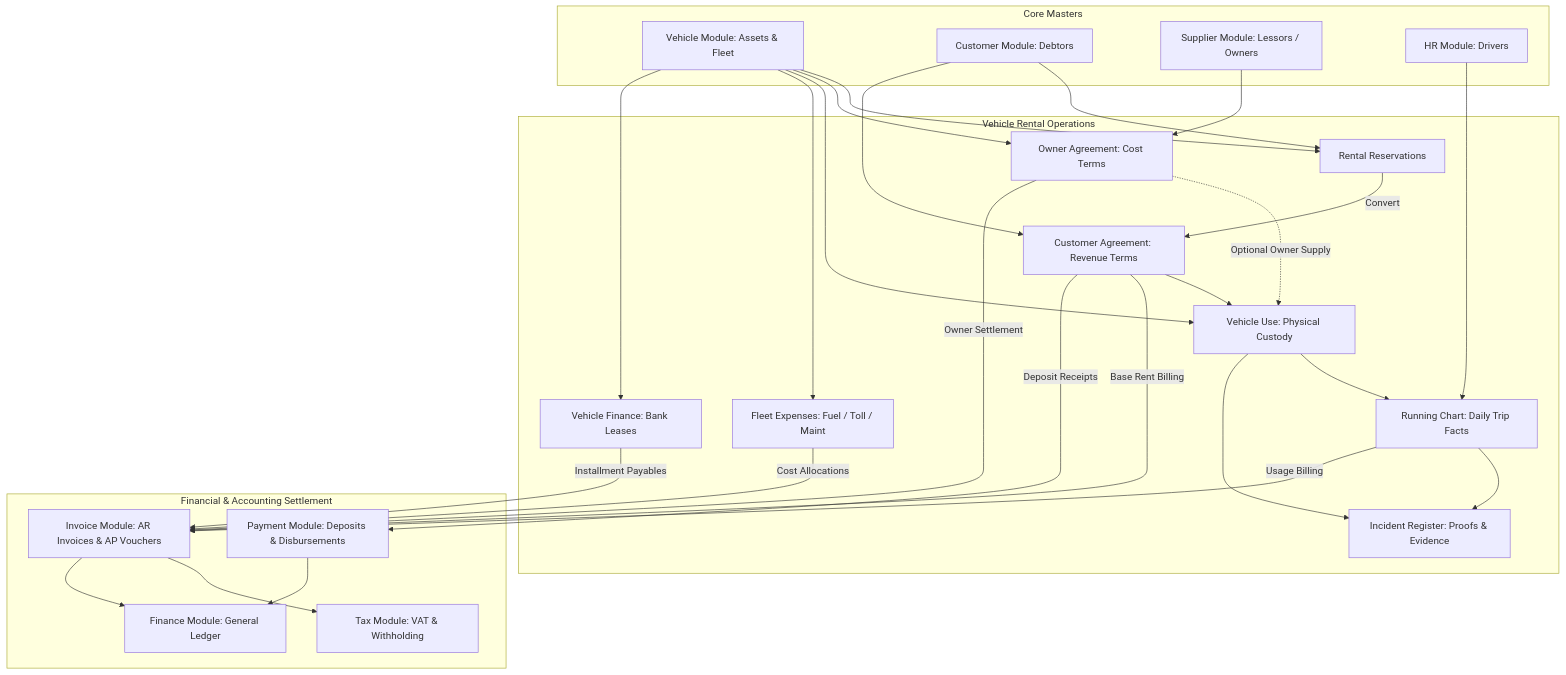
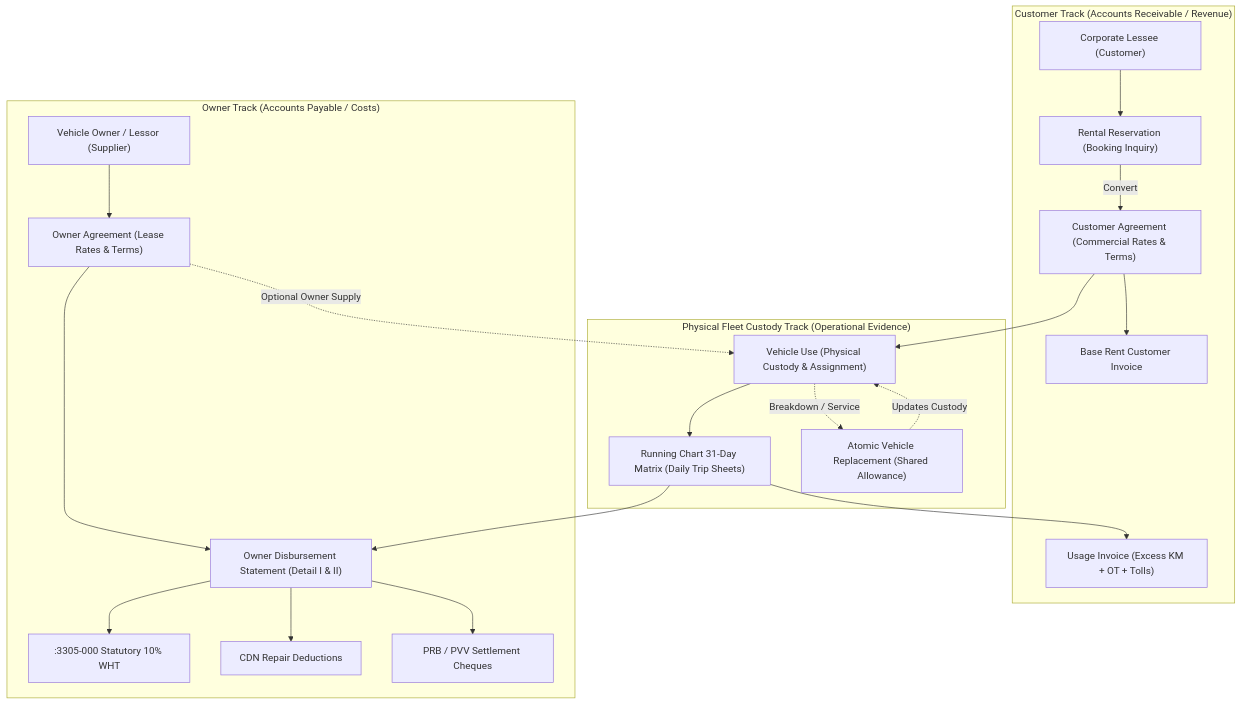
Before and after one commit to kasunvimarshana/AutoERP: the first of 8 diagrams in docs/VEHICLE_RENTAL_GUIDE.md, drawn with Mermaid. The commit also changed other lines of this file and 1 other file, not shown here.

Commit message:
docs: upgrade complete technical and operational guide for vehicle rental module

````diff
--- a/docs/VEHICLE_RENTAL_GUIDE.md
+++ b/docs/VEHICLE_RENTAL_GUIDE.md
@@ -71,53 +62,41 @@
 ```mermaid
-graph TD
-    subgraph Core Masters
-        V[Vehicle Module: Assets & Fleet]
-        C[Customer Module: Debtors]
-        S[Supplier Module: Lessors / Owners]
-        HR[HR Module: Drivers]
+flowchart TD
+    subgraph CustomerSide["Customer Track (Accounts Receivable / Revenue)"]
+        LESSEE["Corporate Lessee (Customer)"]
+        RES["Rental Reservation (Booking Inquiry)"]
+        CA["Customer Agreement (Commercial Rates & Terms)"]
+        LESSEE --> RES
+        RES -->|Convert| CA
+        BASE_INV["Base Rent Customer Invoice"]
+        USE_INV["Usage Invoice (Excess KM + OT + Tolls)"]
+        CA --> BASE_INV
     end
 
-    subgraph Vehicle Rental Operations
-        RES[Rental Reservations]
-        CA[Customer Agreement: Revenue Terms]
-        OA[Owner Agreement: Cost Terms]
-        VU[Vehicle Use: Physical Custody]
-        RC[Running Chart: Daily Trip Facts]
-        EXP[Fleet Expenses: Fuel / Toll / Maint]
-        INC[Incident Register: Proofs & Evidence]
-        FIN[Vehicle Finance: Bank Leases]
+    subgraph Operations["Physical Fleet Custody Track (Operational Evidence)"]
+        VU["Vehicle Use (Physical Custody & Assignment)"]
+        RC["Running Chart 31-Day Matrix (Daily Trip Sheets)"]
+        REP["Atomic Vehicle Replacement (Shared Allowance)"]
+        VU --> RC
+        VU -.->|Breakdown / Service| REP
+        REP -.->|Updates Custody| VU
     end
 
-    subgraph Financial & Accounting Settlement
-        INV[Invoice Module: AR Invoices & AP Vouchers]
-        PAY[Payment Module: Deposits & Disbursements]
-        TAX[Tax Module: VAT & Withholding]
-        GL[Finance Module: General Ledger]
+    subgraph OwnerSide["Owner Track (Accounts Payable / Costs)"]
+        LESSOR["Vehicle Owner / Lessor (Supplier)"]
+        OA["Owner Agreement (Lease Rates & Terms)"]
+        LESSOR --> OA
+        OWNER_STMT["Owner Disbursement Statement (Detail I & II)"]
+        WHT[":3305-000 Statutory 10% WHT"]
+        CDN["CDN Repair Deductions"]
+        PRB["PRB / PVV Settlement Cheques"]
+        OA --> OWNER_STMT
+        OWNER_STMT --> WHT
+        OWNER_STMT --> CDN
+        OWNER_STMT --> PRB
     end
 
-    C --> RES
-    V --> RES
-    RES -->|Convert| CA
-    C --> CA
-    S --> OA
-    V --> OA
     CA --> VU
     OA -.->|Optional Owner Supply| VU
-    V --> VU
-    HR --> RC
-    VU --> RC
-    VU --> INC
-    RC --> INC
-    V --> EXP
-    V --> FIN
-
-    RC -->|Usage Billing| INV
-    CA -->|Base Rent Billing| INV
-    OA -->|Owner Settlement| INV
-    EXP -->|Cost Allocations| INV
-    FIN -->|Installment Payables| INV
-    CA -->|Deposit Receipts| PAY
-    INV --> TAX
-    INV --> GL
-    PAY --> GL
+    RC --> USE_INV
+    RC --> OWNER_STMT
 ```
````
